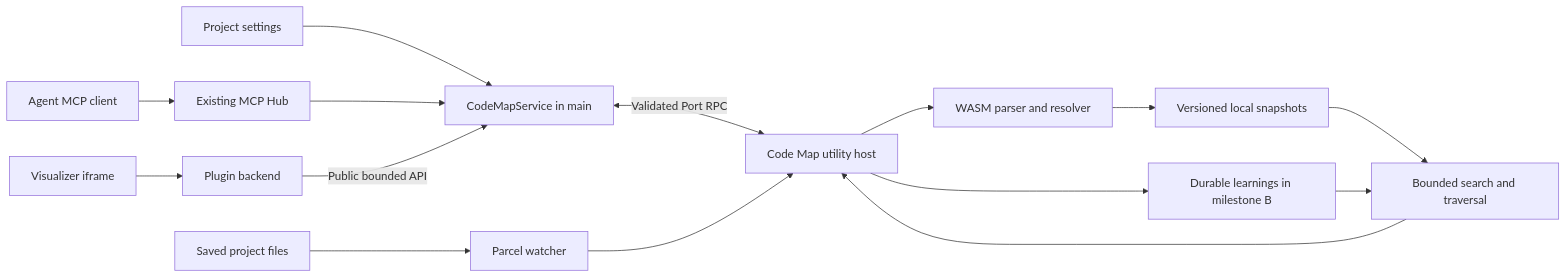
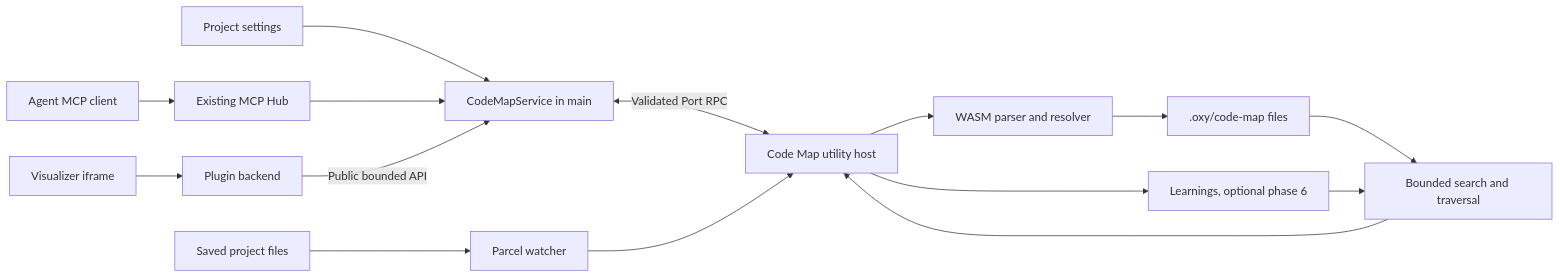
The diagram in docs/planned-features/code-map/design.md (JakubKonkol/Oxytocin), drawn with Mermaid before and after one commit. The commit also changed other lines of this file and 9 other files, not shown here.

First line of the commit message:
docs(code-map): add requirements and implementation plan

````diff
--- a/docs/planned-features/code-map/design.md
+++ b/docs/planned-features/code-map/design.md
@@ -25,17 +27,17 @@
 ```mermaid
 flowchart LR
   UI[Project settings] --> Main[CodeMapService in main]
   Agent[Agent MCP client] --> Hub[Existing MCP Hub]
   Hub --> Main
   View[Visualizer iframe] --> Plugin[Plugin backend]
   Plugin -->|Public bounded API| Main
   Main <-->|Validated Port RPC| Host[Code Map utility host]
   Files[Saved project files] --> Watch[Parcel watcher]
   Watch --> Host
   Host --> Parser[WASM parser and resolver]
-  Parser --> Cache[Versioned local snapshots]
+  Parser --> Cache[.oxy/code-map files]
   Cache --> Query[Bounded search and traversal]
-  Host --> Memory[Durable learnings in milestone B]
+  Host --> Memory[Learnings, optional phase 6]
   Memory --> Query
   Query --> Host
 ```
````
